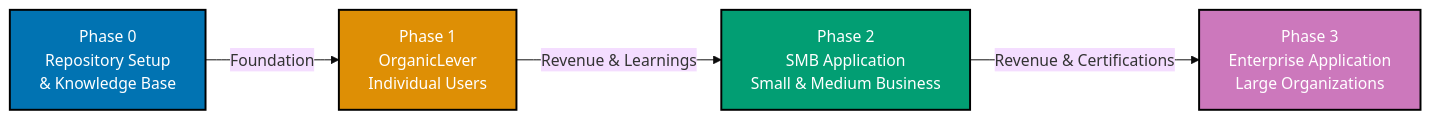
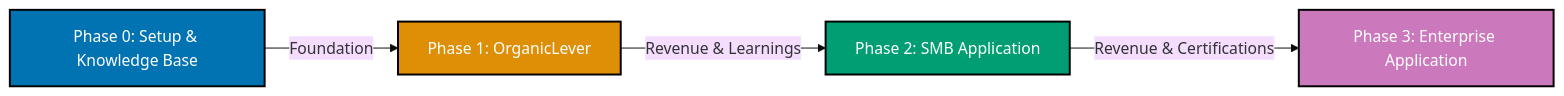
The diagram in apps/oseplatform-web/content/about.md (wahidyankf/open-sharia-enterprise), drawn with Mermaid (base theme) before and after one commit. The commit also changed 1 other file, not shown here.

Commit message:
fix(oseplatform-web): remove \n from Mermaid node labels in about.md
\n renders as literal text in both node and edge labels in Hugo's
Mermaid ESM context; replace with single-line labels using colon separator.
Update governance Error 8, checklist, and quick reference to reflect
that \n is unreliable in all label types, not just edge labels.

````diff
--- a/apps/oseplatform-web/content/about.md
+++ b/apps/oseplatform-web/content/about.md
@@ -87,18 +87,18 @@
 ```mermaid
 %% Color Palette: Blue #0173B2, Orange #DE8F05, Teal #029E73, Purple #CC78BC
 %% All colors are color-blind friendly and meet WCAG AA contrast standards
 graph LR
-    P0["Phase 0\nRepository Setup\n& Knowledge Base"]:::blue
-    P1["Phase 1\nOrganicLever\nIndividual Users"]:::orange
-    P2["Phase 2\nSMB Application\nSmall & Medium Business"]:::teal
-    P3["Phase 3\nEnterprise Application\nLarge Organizations"]:::purple
+    P0["Phase 0: Setup & Knowledge Base"]:::blue
+    P1["Phase 1: OrganicLever"]:::orange
+    P2["Phase 2: SMB Application"]:::teal
+    P3["Phase 3: Enterprise Application"]:::purple
 
     P0 -->|"Foundation"| P1
     P1 -->|"Revenue & Learnings"| P2
     P2 -->|"Revenue & Certifications"| P3
 
     classDef blue fill:#0173B2,stroke:#000000,color:#FFFFFF,stroke-width:2px
     classDef orange fill:#DE8F05,stroke:#000000,color:#FFFFFF,stroke-width:2px
     classDef teal fill:#029E73,stroke:#000000,color:#FFFFFF,stroke-width:2px
     classDef purple fill:#CC78BC,stroke:#000000,color:#FFFFFF,stroke-width:2px
 ```
````
